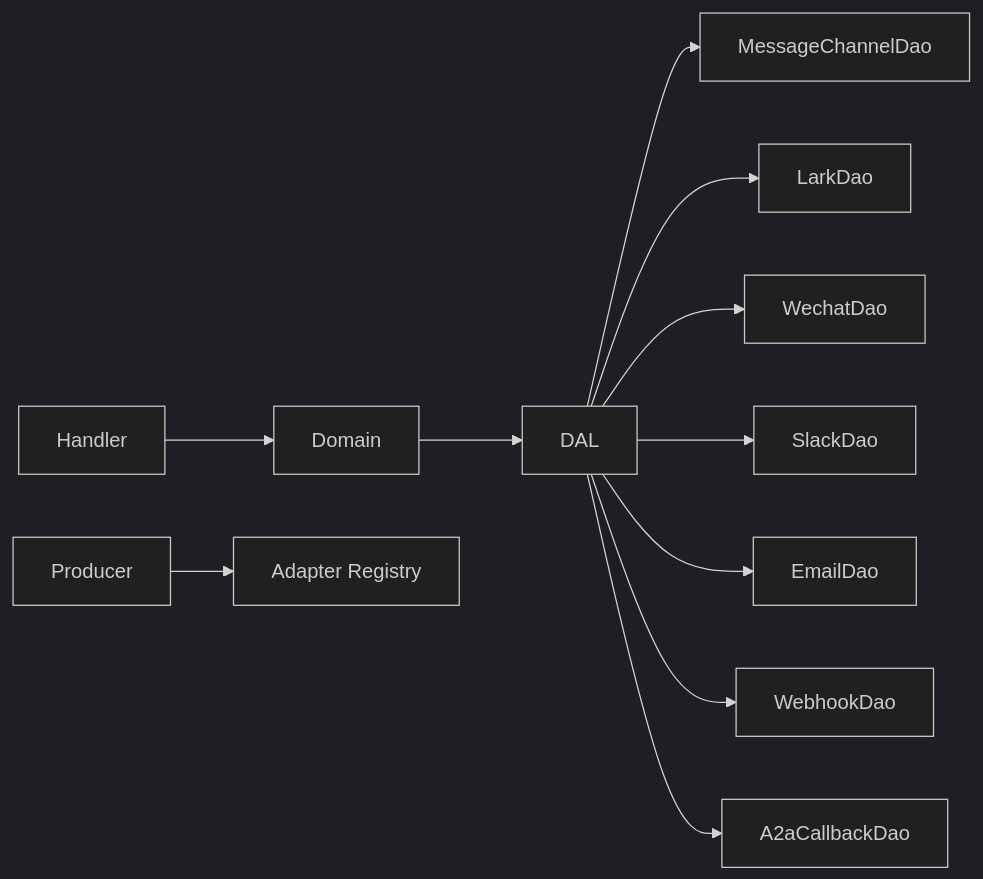
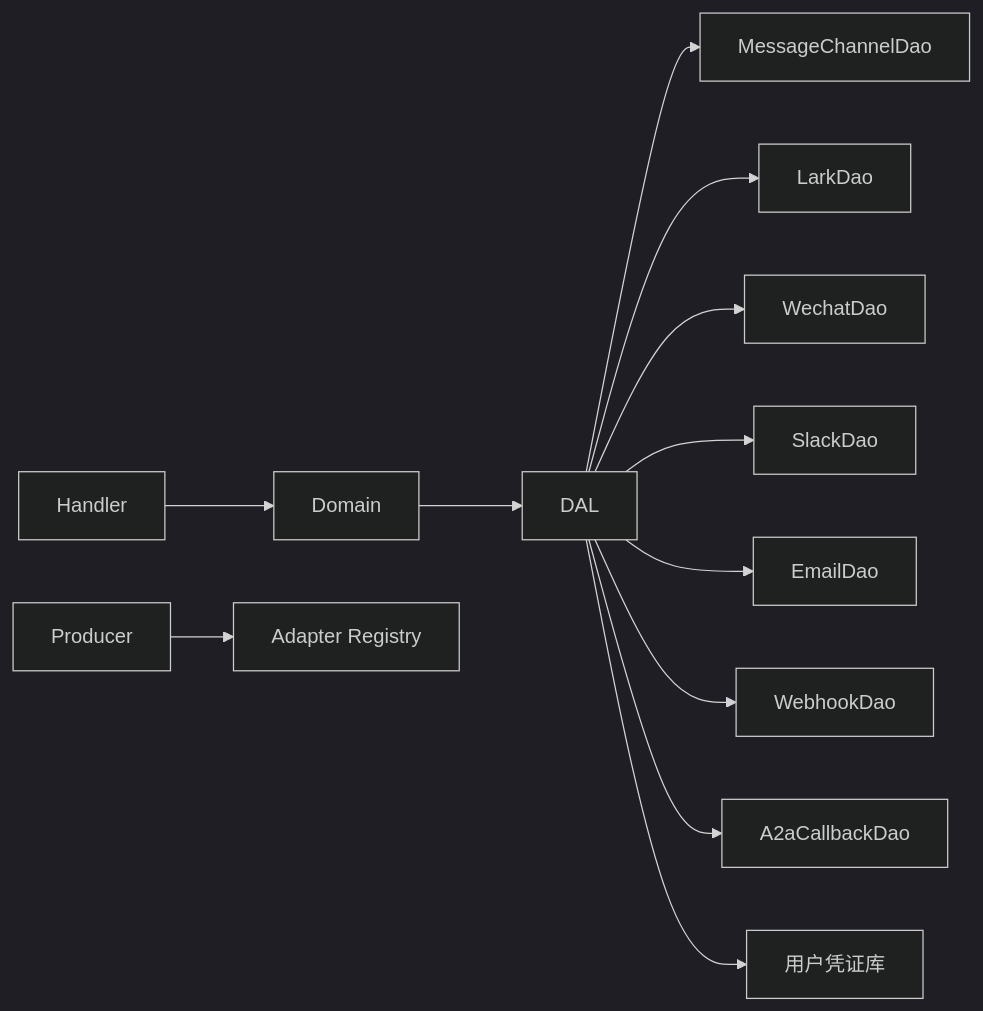
The sixth of 6 diagrams in .qoder/repowiki/zh/content/功能模块/消息系统/消息渠道管理.md (runningcoders/ai_orz), drawn with Mermaid (dark theme) before and after one commit. The commit also changed other lines of this file and 9 other files, not shown here.

````diff
--- a/.qoder/repowiki/zh/content/功能模块/消息系统/消息渠道管理.md
+++ b/.qoder/repowiki/zh/content/功能模块/消息系统/消息渠道管理.md
@@ -257,13 +337,14 @@
 ```mermaid
 graph LR
 Handler["Handler"] --> Domain["Domain"]
 Domain --> DAL["DAL"]
 DAL --> DAO_MC["MessageChannelDao"]
 DAL --> DAO_Lark["LarkDao"]
 DAL --> DAO_Wechat["WechatDao"]
 DAL --> DAO_Slack["SlackDao"]
 DAL --> DAO_Email["EmailDao"]
 DAL --> DAO_Webhook["WebhookDao"]
 DAL --> DAO_A2A["A2aCallbackDao"]
+DAL --> UserStore["用户凭证库"]
 Producer["Producer"] --> Adapter["Adapter Registry"]
 ```
````
